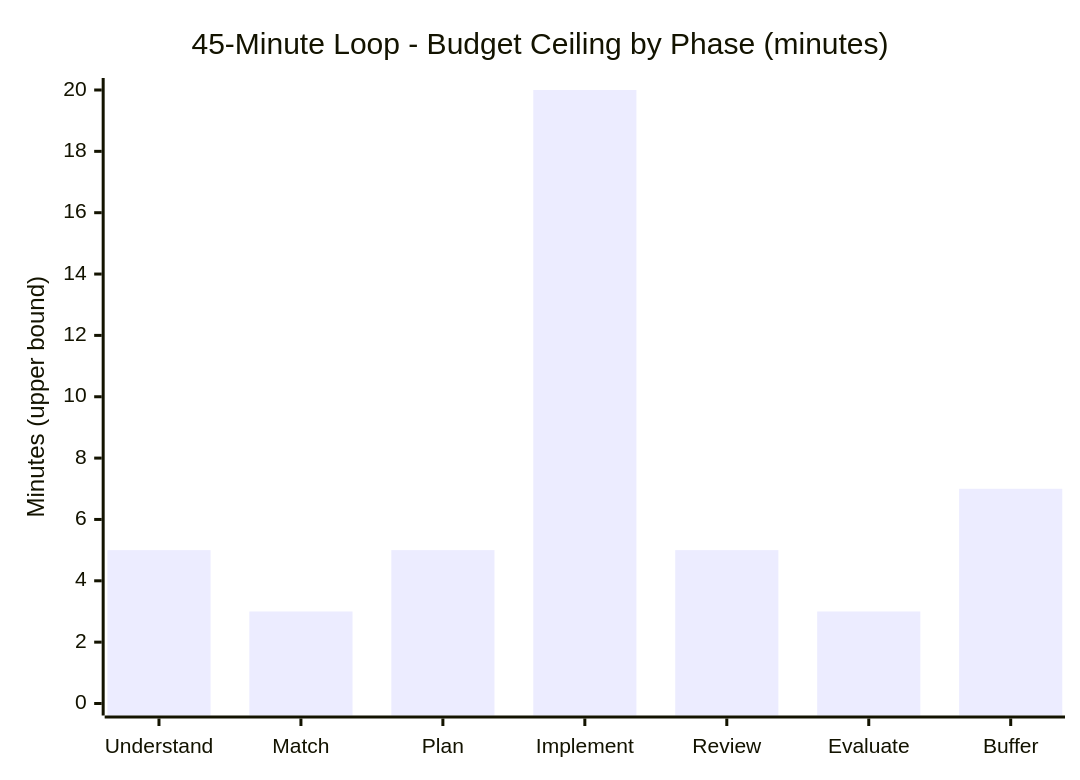
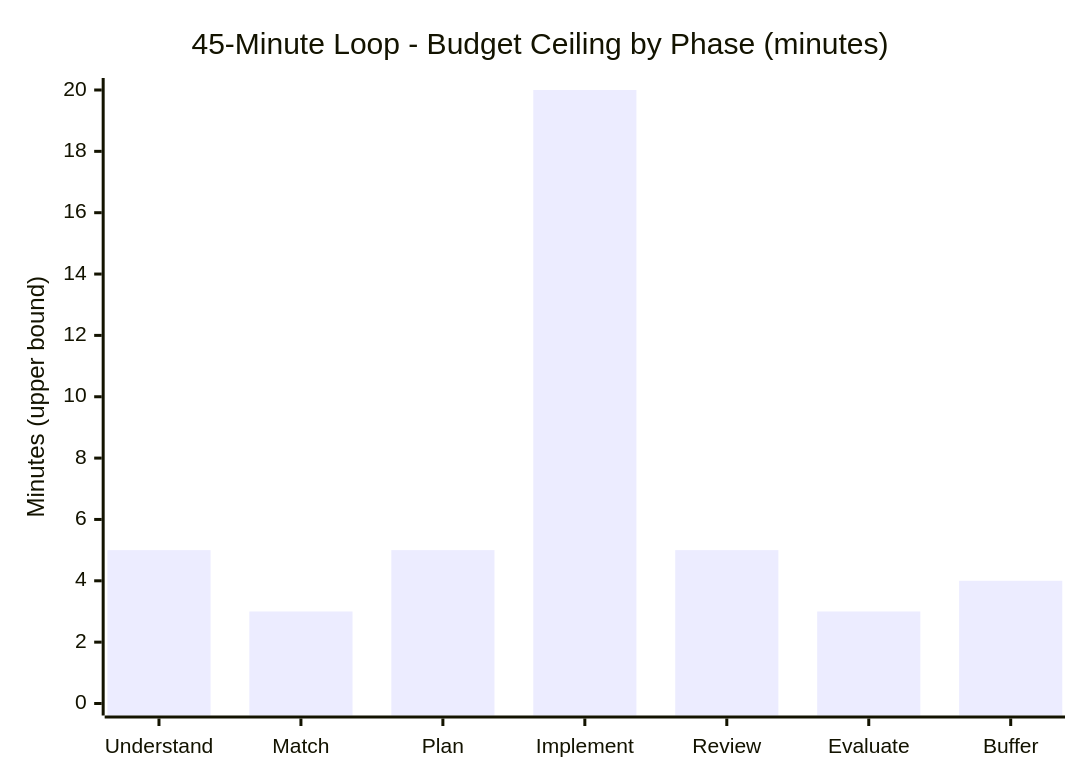
One commit to rppol/system-design changed the fourth of 5 diagrams in src/main/java/com/rutik/systemdesign/cs_fundamentals/dsa_patterns/interview_execution_playbook.md. Above: the diagram before and after it, drawn with Mermaid. The commit also changed other lines of this file and 7 other files, not shown here.

````diff
--- a/src/main/java/com/rutik/systemdesign/cs_fundamentals/dsa_patterns/interview_execution_playbook.md
+++ b/src/main/java/com/rutik/systemdesign/cs_fundamentals/dsa_patterns/interview_execution_playbook.md
@@ -621,7 +624,7 @@
 ```mermaid
 xychart-beta
     title "45-Minute Loop - Budget Ceiling by Phase (minutes)"
     x-axis ["Understand", "Match", "Plan", "Implement", "Review", "Evaluate", "Buffer"]
     y-axis "Minutes (upper bound)" 0 --> 20
-    bar [5, 3, 5, 20, 5, 3, 7]
+    bar [5, 3, 5, 20, 5, 3, 4]
 ```
````
